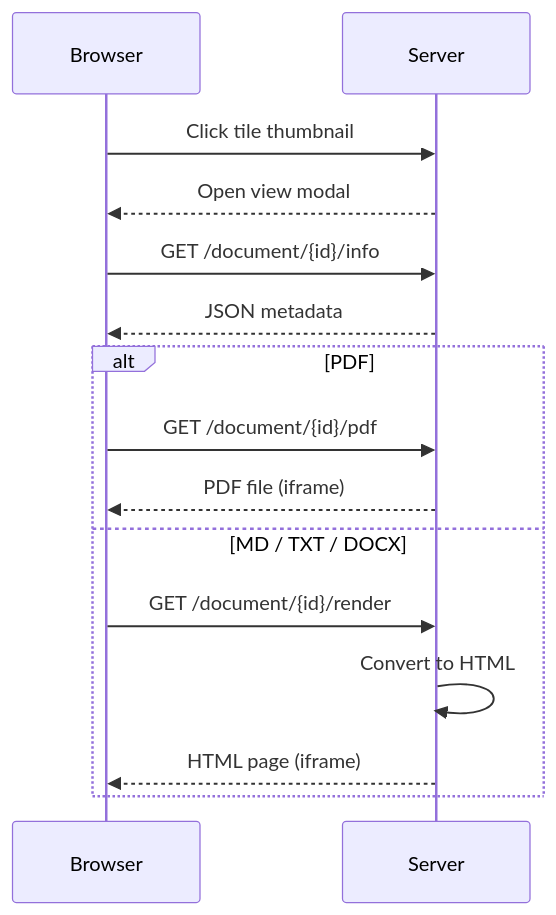
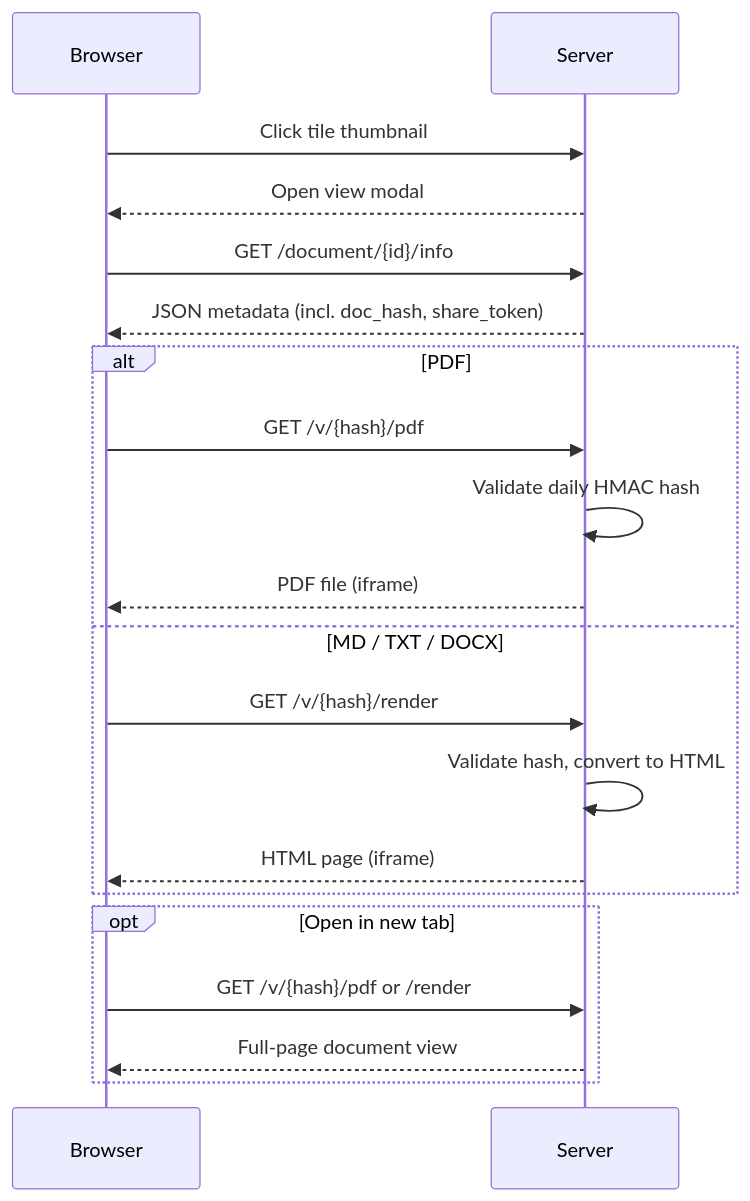
One commit to dkrse/docs-manager changed the fifth of 7 diagrams in docs/diagrams.md. Above: the diagram before and after it, drawn with Mermaid. The commit also changed other lines of this file and 18 other files, not shown here.

````diff
--- a/docs/diagrams.md
+++ b/docs/diagrams.md
@@ -125,18 +138,23 @@
 ```mermaid
 sequenceDiagram
     participant B as Browser
     participant S as Server
 
     B->>S: Click tile thumbnail
     S-->>B: Open view modal
     B->>S: GET /document/{id}/info
-    S-->>B: JSON metadata
+    S-->>B: JSON metadata (incl. doc_hash, share_token)
     alt PDF
-        B->>S: GET /document/{id}/pdf
+        B->>S: GET /v/{hash}/pdf
+        S->>S: Validate daily HMAC hash
         S-->>B: PDF file (iframe)
     else MD / TXT / DOCX
-        B->>S: GET /document/{id}/render
-        S->>S: Convert to HTML
+        B->>S: GET /v/{hash}/render
+        S->>S: Validate hash, convert to HTML
         S-->>B: HTML page (iframe)
     end
+    opt Open in new tab
+        B->>S: GET /v/{hash}/pdf or /render
+        S-->>B: Full-page document view
+    end
 ```
````
